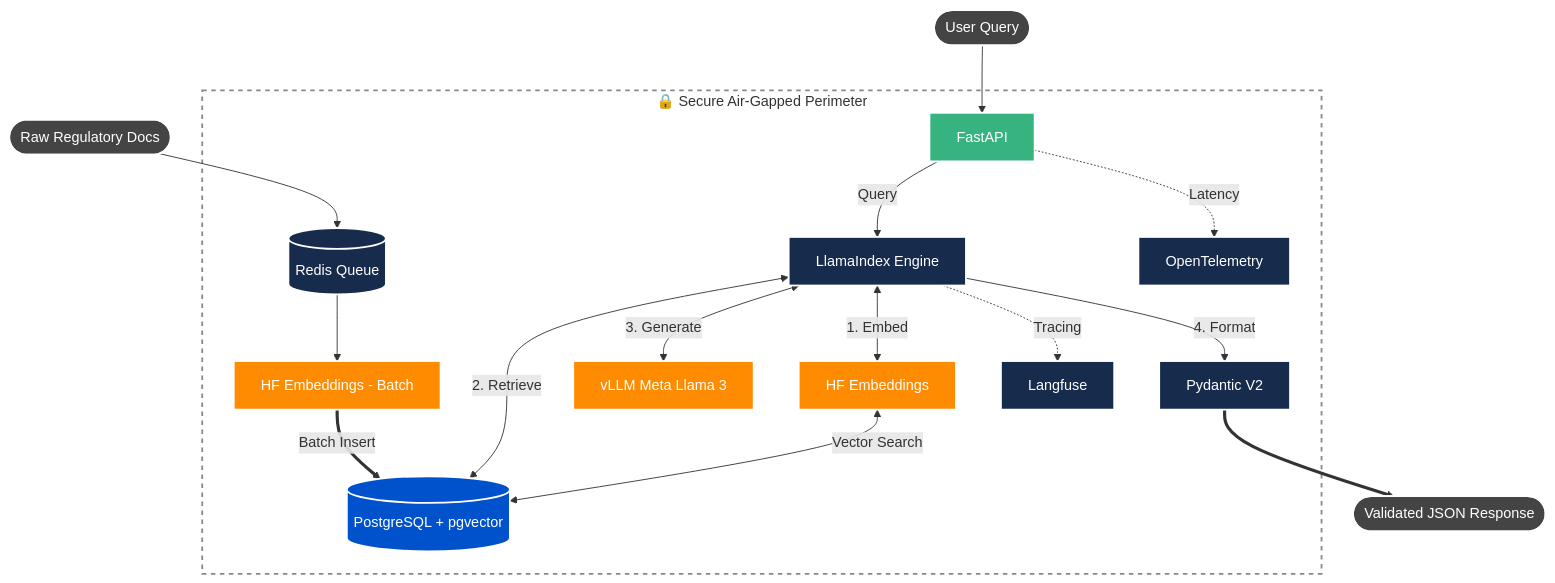
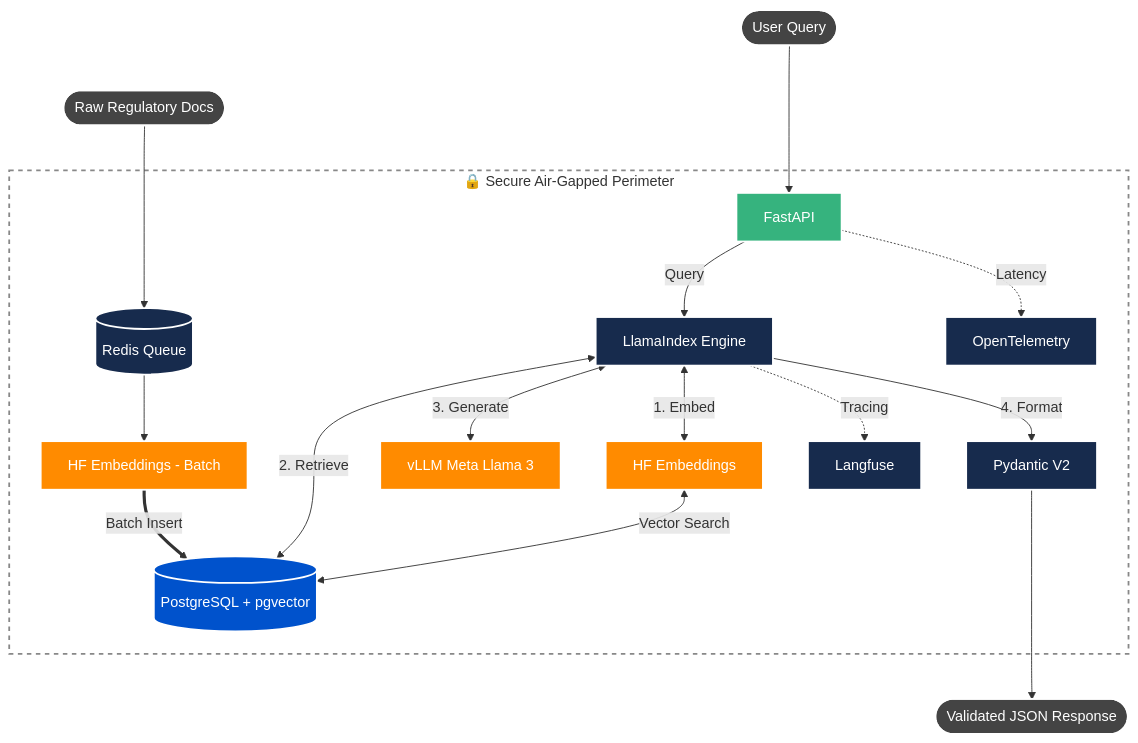
Before and after one commit to vinaysuda/sovereign-rag-benchmark: the diagram in README.md, drawn with Mermaid. The commit also changed other lines of this file, not shown here.

Commit message:
docs: refine README flowchart syntax and improve visual clarity
- Updated flowchart connections to use consistent arrow styles.
- Enhanced the overall readability of the system architecture representation.

````diff
--- a/README.md
+++ b/README.md
@@ -18,62 +18,62 @@
 ```mermaid
 flowchart TD
     %% --- Node Styling ---
     classDef db fill:#0052CC,stroke:#fff,stroke-width:2px,color:#fff
     classDef ai fill:#FF8B00,stroke:#fff,stroke-width:2px,color:#fff
     classDef core fill:#172B4D,stroke:#fff,stroke-width:2px,color:#fff
     classDef api fill:#36B37E,stroke:#fff,stroke-width:2px,color:#fff
     classDef external fill:#444,stroke:#fff,stroke-width:2px,color:#fff
 
     Req([User Query]):::external
     Doc([Raw Regulatory Docs]):::external
 
     subgraph VPC [🔒 Secure Air-Gapped Perimeter]
         
         %% Pipeline Nodes
         Q[(Redis Queue)]:::core
         E1[HF Embeddings - Batch]:::ai
         
         App[FastAPI]:::api
         Engine[LlamaIndex Engine]:::core
         
         E2[HF Embeddings]:::ai
         LLM[vLLM Meta Llama 3]:::ai
         Val[Pydantic V2]:::core
         
         DB[(PostgreSQL + pgvector)]:::db
 
         Otel[OpenTelemetry]:::core
         Lang[Langfuse]:::core
 
         %% --- Routing Flow ---
         
         %% 1. Ingestion Pipeline
         Q --> E1
         E1 ==>|Batch Insert| DB
 
         %% 2. Inference Pipeline (FIXED LOGIC)
         App -->|Query| Engine
         
         %% Engine acts as the Orchestrator
         Engine <-->|1. Embed| E2
         Engine <-->|2. Retrieve| DB
         Engine <-->|3. Generate| LLM
         Engine -->|4. Format| Val
         
         E2 <-->|Vector Search| DB
         
         %% 3. Observability 
         App -.->|Latency| Otel
         Engine -.->|Tracing| Lang
     end
 
     Out([Validated JSON Response]):::external
 
     %% --- External Perimeters ---
-    Doc --> Q
-    Req --> App
-    Val ==> Out
+    Doc ---> Q
+    Req ---> App
+    Val ---> Out
 
     %% --- Theme Compatibility ---
     style VPC fill:transparent,stroke:#888,stroke-dasharray: 5 5,stroke-width:2px
 ```
````
